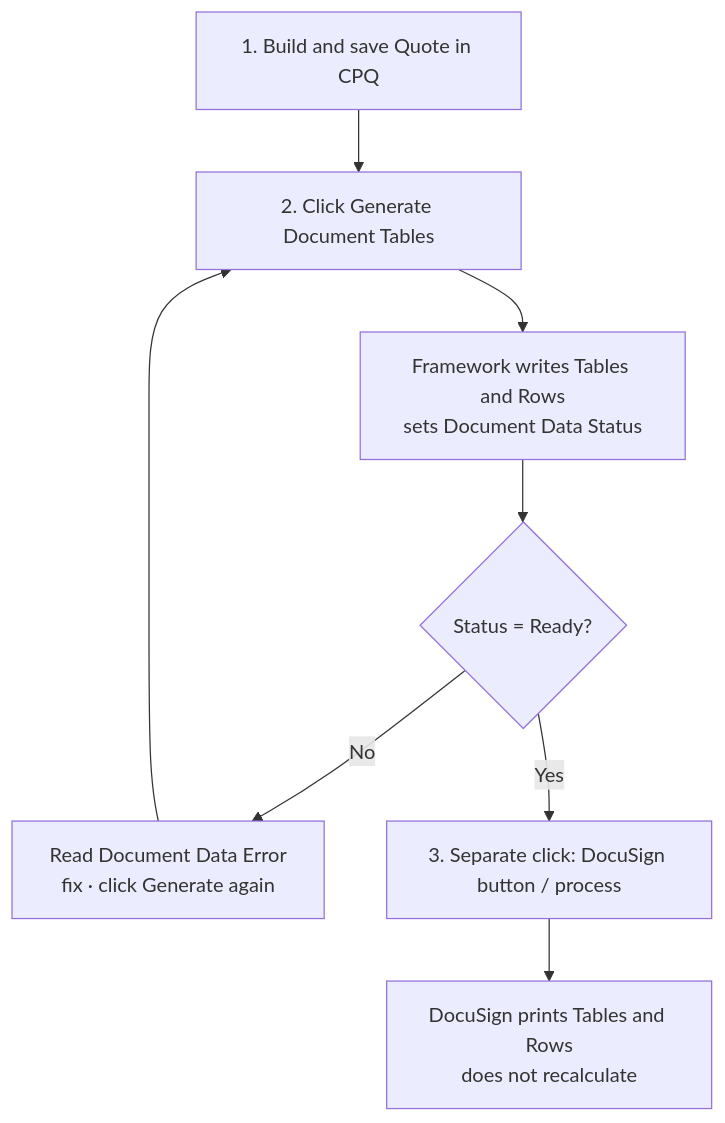
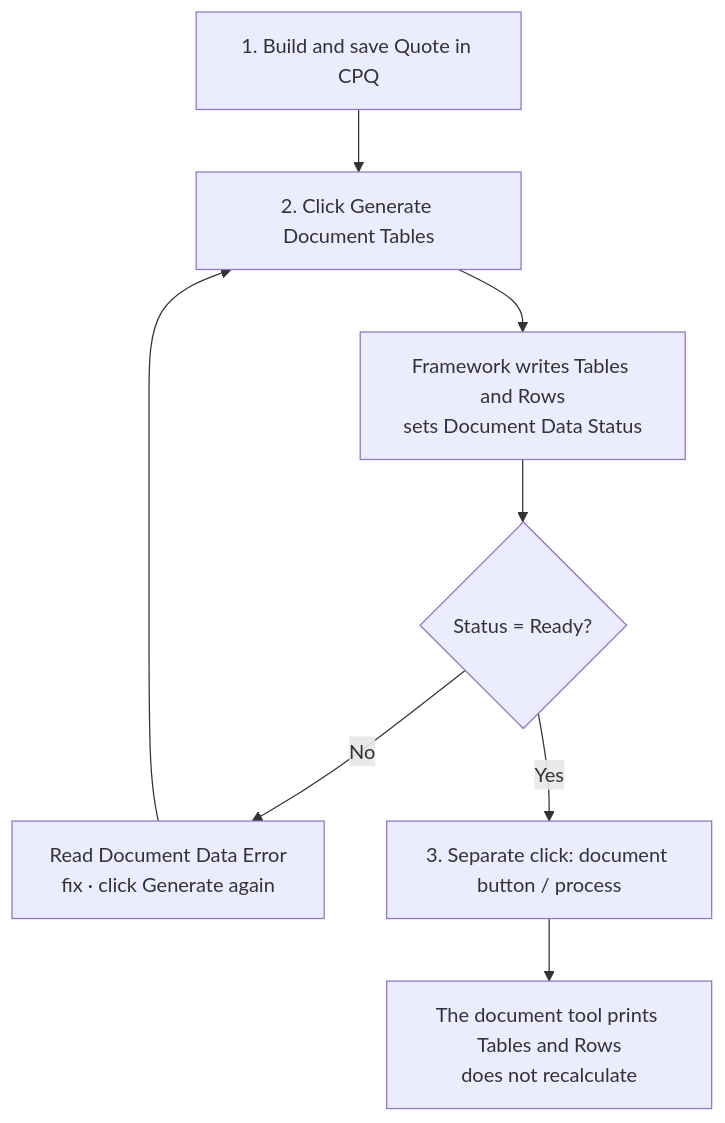
One commit to gkolan/quote-document-totals changed the second of 21 diagrams in docs/quote-document-totals-for-business-admins.md. Above: the diagram before and after it, drawn with Mermaid. The commit also changed other lines of this file, not shown here.

````diff
--- a/docs/quote-document-totals-for-business-admins.md
+++ b/docs/quote-document-totals-for-business-admins.md
@@ -24,10 +26,10 @@
 ```mermaid
 flowchart TD
     A["1. Build and save Quote in CPQ"] --> B["2. Click Generate Document Tables"]
     B --> C["Framework writes Tables and Rows<br/>sets Document Data Status"]
     C --> D{"Status = Ready?"}
     D -->|No| E["Read Document Data Error<br/>fix · click Generate again"]
     E --> B
-    D -->|Yes| F["3. Separate click: DocuSign button / process"]
-    F --> G["DocuSign prints Tables and Rows<br/>does not recalculate"]
+    D -->|Yes| F["3. Separate click: document button / process"]
+    F --> G["The document tool prints Tables and Rows<br/>does not recalculate"]
 ```
````
